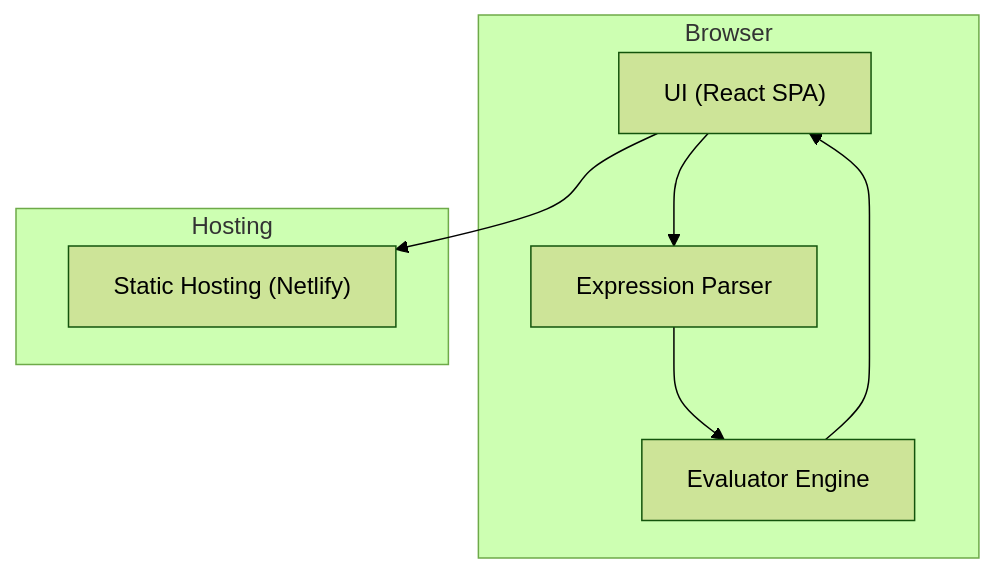
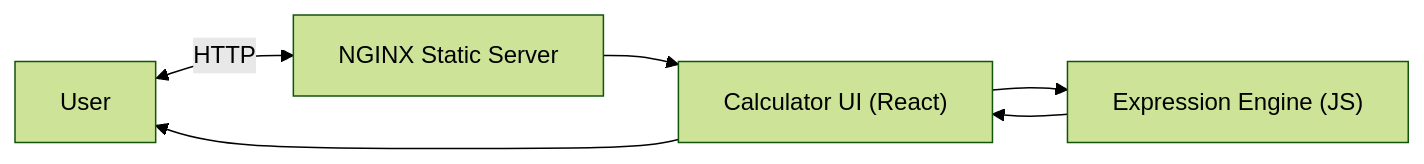
One commit to ErezKon/AgenticDevTeam changed the diagram in generated-projects/simplecalculator/docs/agents/architect-mission.md. Above: the diagram before and after it, drawn with Mermaid (forest theme). The commit also changed other lines of this file, not shown here.

Commit message:
[simplecalculator]-docs: architect mission report

````diff
--- a/generated-projects/simplecalculator/docs/agents/architect-mission.md
+++ b/generated-projects/simplecalculator/docs/agents/architect-mission.md
@@ -38,15 +36,8 @@
 ```mermaid
-graph TD
-    subgraph Browser
-        UI["UI (React SPA)"]
-        Parser[Expression Parser]
-        Evaluator[Evaluator Engine]
-    end
-    subgraph Hosting
-        StaticHost["Static Hosting (Netlify)"]
-    end
-    UI --> Parser
-    Parser --> Evaluator
-    Evaluator --> UI
-    UI --> StaticHost
+flowchart LR
+    User[User] <-- HTTP --> Nginx[NGINX Static Server]
+    Nginx --> UI["Calculator UI (React)"]
+    UI --> Engine["Expression Engine (JS)"]
+    Engine --> UI
+    UI --> User
 ```
````
